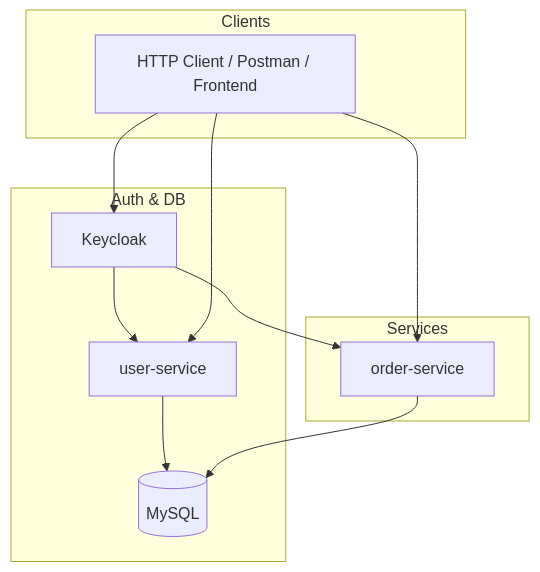
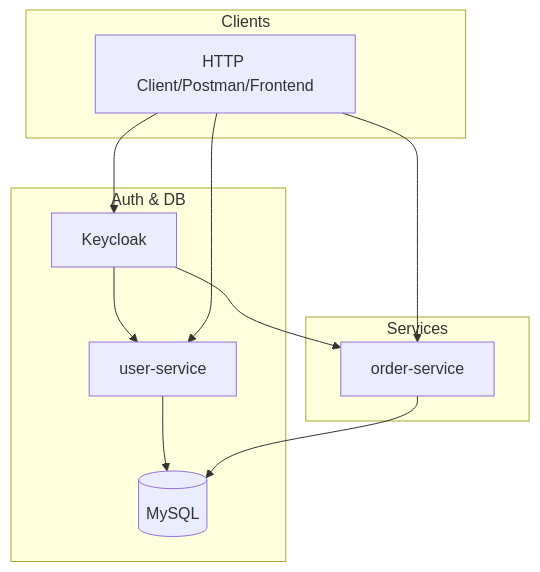
One commit to thanhtuanh/ippen-microservice-demo changed the diagram in README.md. Above: the diagram before and after it, drawn with Mermaid.

`````diff
--- a/README.md
+++ b/README.md
@@ -11,20 +11,20 @@
 ```mermaid
 graph TD
   subgraph Auth & DB
     K[Keycloak] --> U
     M[(MySQL)]
   end
 
   subgraph Services
     U[user-service] --> M
     O[order-service] --> M
     K --> O
   end
 
   subgraph Clients
-    C[HTTP Client / Postman / Frontend]
+    C[HTTP Client/Postman/Frontend]
     C --> K
     C --> O
     C --> U
   end
 ````
`````
